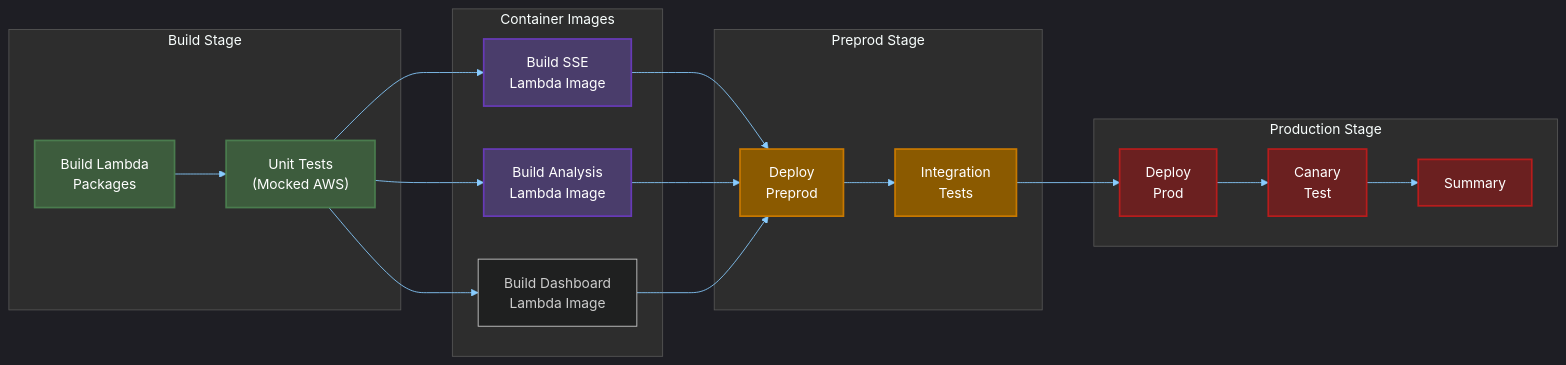
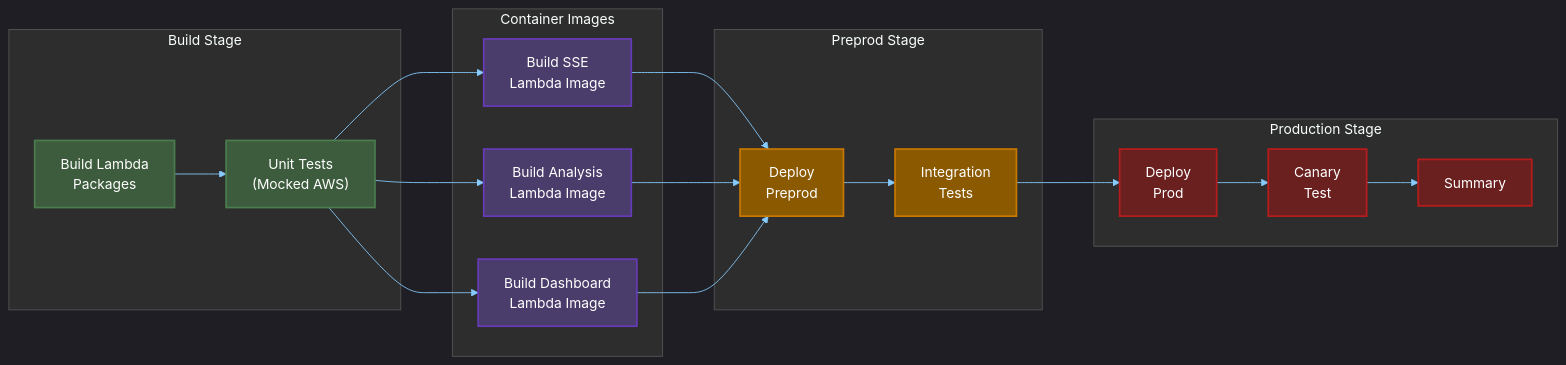
The first of 3 diagrams in README.md (traylorre/sentiment-analyzer-gsk), drawn with Mermaid before and after one commit. The commit also changed other lines of this file, not shown here.

````diff
--- a/README.md
+++ b/README.md
@@ -19,47 +24,47 @@
 ```mermaid
 %%{init: {"theme": "dark", "themeVariables": {"primaryColor": "#4A90A4", "tertiaryColor": "#2d2d2d", "lineColor": "#88CCFF", "primaryTextColor": "#FFFFFF", "clusterBkg": "#2d2d2d", "clusterBorder": "#555555"}, "flowchart": {"curve": "basis", "nodeSpacing": 50, "rankSpacing": 60}}}%%
 flowchart LR
     subgraph Build["Build Stage"]
         build["Build Lambda<br/>Packages"]
         test["Unit Tests<br/>(Mocked AWS)"]
     end
 
     subgraph Images["Container Images"]
         sse_img["Build SSE<br/>Lambda Image"]
         analysis_img["Build Analysis<br/>Lambda Image"]
         dashboard_img["Build Dashboard<br/>Lambda Image"]
     end
 
     subgraph Preprod["Preprod Stage"]
         deploy_preprod["Deploy<br/>Preprod"]
         test_preprod["Integration<br/>Tests"]
     end
 
     subgraph Prod["Production Stage"]
         deploy_prod["Deploy<br/>Prod"]
         canary["Canary<br/>Test"]
         summary["Summary"]
     end
 
     build --> test
     test --> sse_img
     test --> analysis_img
     test --> dashboard_img
     sse_img --> deploy_preprod
     analysis_img --> deploy_preprod
     dashboard_img --> deploy_preprod
     deploy_preprod --> test_preprod
     test_preprod --> deploy_prod
     deploy_prod --> canary
     canary --> summary
 
     classDef buildNode fill:#3D5C3D,stroke:#4a7c4e,stroke-width:2px,color:#FFFFFF
     classDef imageNode fill:#4A3D6B,stroke:#673ab7,stroke-width:2px,color:#FFFFFF
     classDef preprodNode fill:#8B5A00,stroke:#c77800,stroke-width:2px,color:#FFFFFF
     classDef prodNode fill:#6B2020,stroke:#b71c1c,stroke-width:2px,color:#FFFFFF
 
     class build,test buildNode
-    class sse_img,analysis_img imageNode
+    class sse_img,analysis_img,dashboard_img imageNode
     class deploy_preprod,test_preprod preprodNode
     class deploy_prod,canary,summary prodNode
 ```
````
